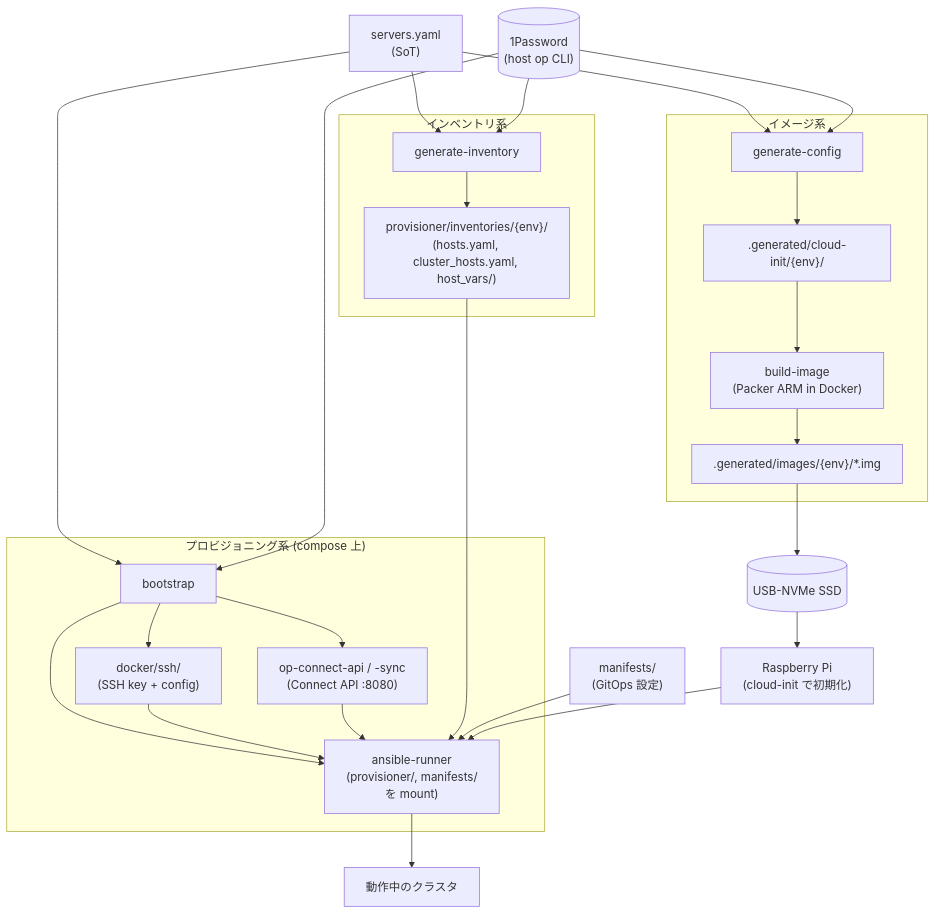
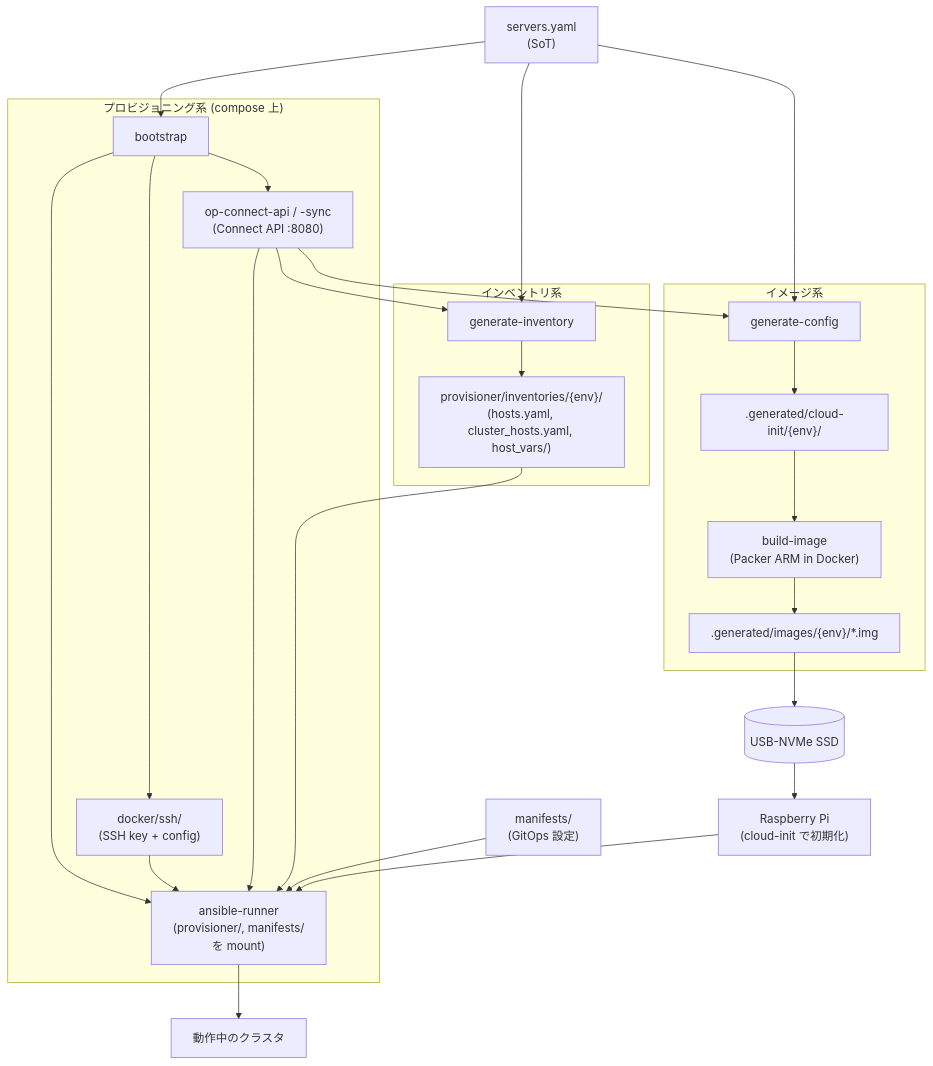
One commit to bright-room/br-cluster changed the diagram in docs/provisioning.md. Above: the diagram before and after it, drawn with Mermaid. The commit also changed other lines of this file and 6 other files, not shown here.

First line of the commit message:
refactor(cli): 1Password アクセスを Connect REST に一本化

````diff
--- a/docs/provisioning.md
+++ b/docs/provisioning.md
@@ -13,49 +13,47 @@
 ```mermaid
 flowchart TB
   servers["servers.yaml<br/>(SoT)"]
-  opcli[("1Password<br/>(host op CLI)")]
   manifests["manifests/<br/>(GitOps 設定)"]
 
   subgraph imageflow["イメージ系"]
     gen[generate-config]
     ci[".generated/cloud-init/{env}/"]
     pkr["build-image<br/>(Packer ARM in Docker)"]
     img[".generated/images/{env}/*.img"]
   end
 
   subgraph invflow["インベントリ系"]
     inv[generate-inventory]
     invf["provisioner/inventories/{env}/<br/>(hosts.yaml, cluster_hosts.yaml, host_vars/)"]
   end
 
   ssd[(USB-NVMe SSD)]
   pi["Raspberry Pi<br/>(cloud-init で初期化)"]
 
   subgraph provflow["プロビジョニング系 (compose 上)"]
     bs[bootstrap]
     sshd["docker/ssh/<br/>(SSH key + config)"]
     opconnect["op-connect-api / -sync<br/>(Connect API :8080)"]
     runner["ansible-runner<br/>(provisioner/, manifests/<br/>を mount)"]
   end
 
   cluster[動作中のクラスタ]
 
   servers --> gen
-  opcli --> gen
+  opconnect --> gen
   gen --> ci --> pkr --> img --> ssd --> pi
 
   servers --> inv
-  opcli --> inv
+  opconnect --> inv
   inv --> invf
 
   servers --> bs
-  opcli --> bs
   bs --> sshd
   bs --> opconnect
   bs --> runner
   sshd --> runner
   opconnect --> runner
   invf --> runner
   manifests --> runner
   pi --> runner --> cluster
 ```
````
